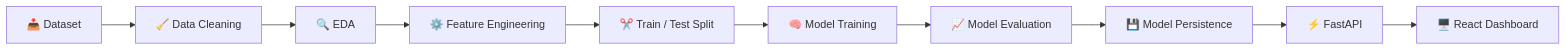
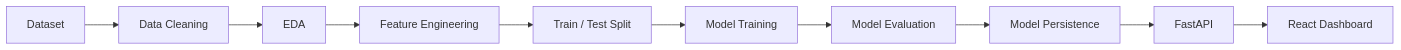
The second of 3 diagrams in README.md (buildwithsoumya/FareSight), drawn with Mermaid before and after one commit. The commit also changed other lines of this file, not shown here.

````diff
--- a/README.md
+++ b/README.md
@@ -114,12 +114,12 @@
 ```mermaid
 flowchart LR
-    A["📥 Dataset"] --> B["🧹 Data Cleaning"]
-    B --> C["🔍 EDA"]
-    C --> D["⚙️ Feature Engineering"]
-    D --> E["✂️ Train / Test Split"]
-    E --> F["🧠 Model Training"]
-    F --> G["📈 Model Evaluation"]
-    G --> H["💾 Model Persistence"]
-    H --> I["⚡ FastAPI"]
-    I --> J["🖥️ React Dashboard"]
+    A["Dataset"] --> B["Data Cleaning"]
+    B --> C["EDA"]
+    C --> D["Feature Engineering"]
+    D --> E["Train / Test Split"]
+    E --> F["Model Training"]
+    F --> G["Model Evaluation"]
+    G --> H["Model Persistence"]
+    H --> I["FastAPI"]
+    I --> J["React Dashboard"]
 ```
````
